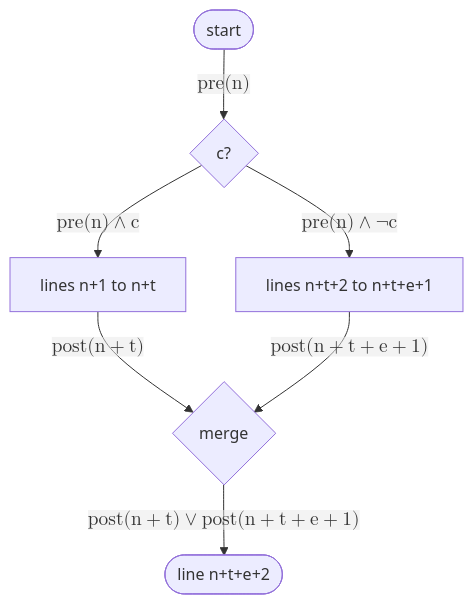
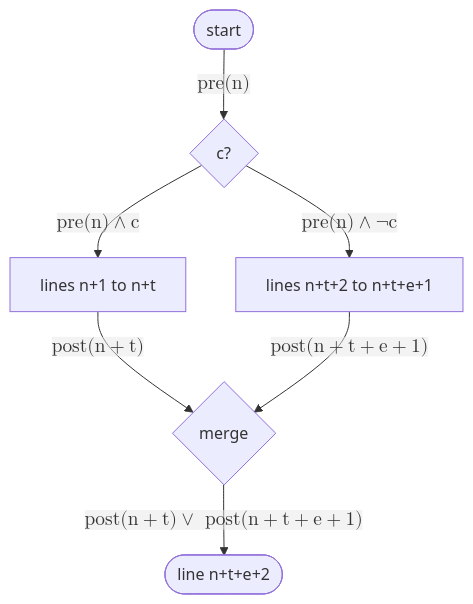
Before and after one commit to proftak/modules: the diagram in 0046/index.md, drawn with Mermaid.

````diff
--- a/0046/index.md
+++ b/0046/index.md
@@ -312,15 +312,15 @@
 ```mermaid
 flowchart TD
 start@{ shape: stadium, label: "start" }
 condition@{ shape: diamond, label: "c?" }
 thenBlock@{ shape: rect, label: "lines n+1 to n+t" }
 elseBlock@{ shape: rect, label: "lines n+t+2 to n+t+e+1" }
 merge@{ shape: diamond, label: "" }
 finish@{ shape: stadium, label: "line n+t+e+2" }
 start -->|"$$\rm{pre}(n)$$"| condition
 condition -->|"$$\rm{pre}(n) \wedge c$$"| thenBlock
 condition -->|"$$\rm{pre}(n) \wedge \neg c$$"| elseBlock
 thenBlock -->|"$$\rm{post}(n+t)$$"| merge
 elseBlock -->|"$$\rm{post}(n+t+e+1)$$"| merge
-merge --> |"$$\rm{post}(n+t) \vee \rm{post}(n+t+e+1)$$"| finish
+merge --> |"$$\rm{post}(n+t) \vee \\ \rm{post}(n+t+e+1)$$"| finish
 ```
````
